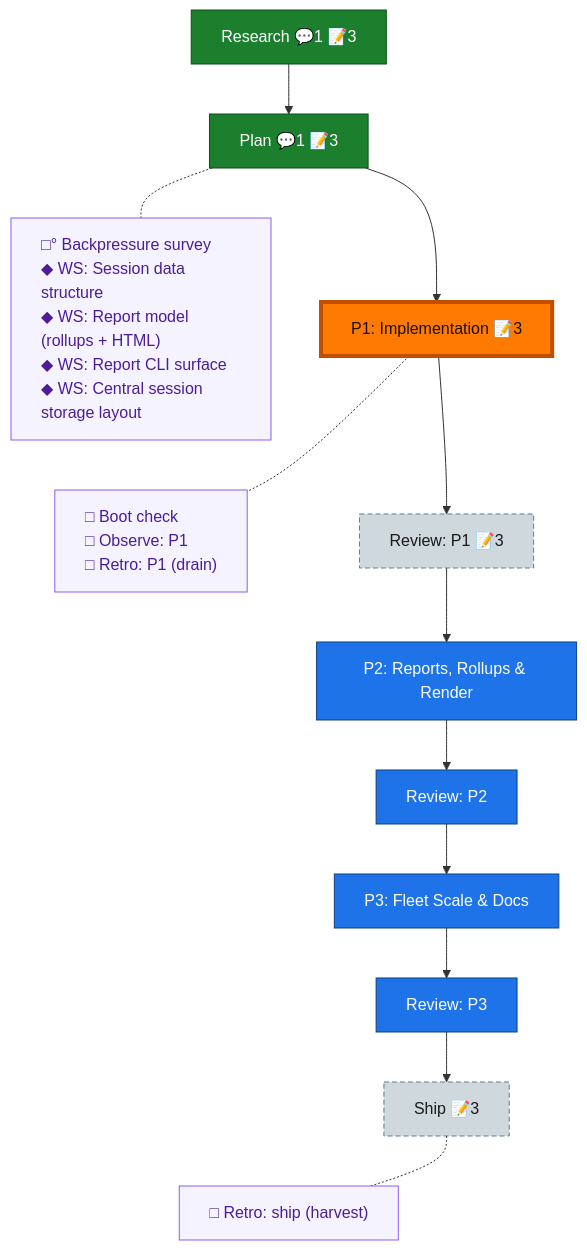
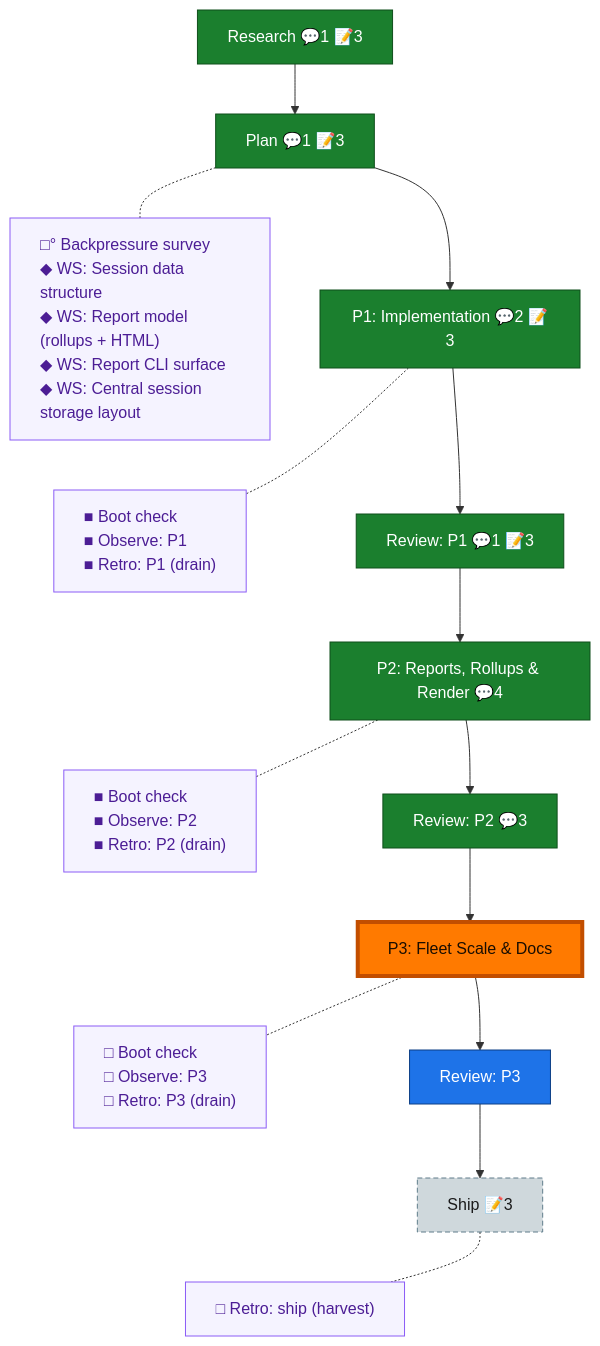
Before and after one commit to AI-Substrate/harness-engineering: the diagram in docs/plans/047-session-telemetry-dashboard/the-flow.md, drawn with Mermaid. The commit also changed other lines of this file and 36 other files, not shown here.

First line of the commit message:
feat(telemetry-047): reports+render (P2) + git-ref source, central layout & docs (P3)

````diff
--- a/docs/plans/047-session-telemetry-dashboard/the-flow.md
+++ b/docs/plans/047-session-telemetry-dashboard/the-flow.md
@@ -8,33 +8,37 @@
 ```mermaid
 flowchart TD
     research["Research 💬1 📝3"]:::done
     plan["Plan 💬1 📝3"]:::done
-    phase_1["P1: Implementation 📝3"]:::known
-    review_1["Review: P1 📝3"]:::assumed
-    phase_2["P2: Reports, Rollups & Render"]:::known
-    review_2["Review: P2"]:::known
+    phase_1["P1: Implementation 💬2 📝3"]:::done
+    review_1["Review: P1 💬1 📝3"]:::done
+    phase_2["P2: Reports, Rollups & Render 💬4"]:::done
+    review_2["Review: P2 💬3"]:::done
     phase_3["P3: Fleet Scale & Docs"]:::known
     review_3["Review: P3"]:::known
     ship["Ship 📝3"]:::assumed
 
     research --> plan --> phase_1 --> review_1 --> phase_2 --> review_2 --> phase_3 --> review_3 --> ship
 
     planC["□° Backpressure survey<br/>◆ WS: Session data structure<br/>◆ WS: Report model (rollups + HTML)<br/>◆ WS: Report CLI surface<br/>◆ WS: Central session storage layout"]:::chore
-    phase_1C["□ Boot check<br/>□ Observe: P1<br/>□ Retro: P1 (drain)"]:::chore
+    phase_1C["■ Boot check<br/>■ Observe: P1<br/>■ Retro: P1 (drain)"]:::chore
+    phase_2C["■ Boot check<br/>■ Observe: P2<br/>■ Retro: P2 (drain)"]:::chore
+    phase_3C["□ Boot check<br/>□ Observe: P3<br/>□ Retro: P3 (drain)"]:::chore
     shipC["□ Retro: ship (harvest)"]:::chore
 
     %% invisible chain holds the gutter boxes in their own column
-    planC ~~~ phase_1C ~~~ shipC
+    planC ~~~ phase_1C ~~~ phase_2C ~~~ phase_3C ~~~ shipC
 
     %% dotted links pull each gutter box beside its node
     plan -.- planC
     phase_1 -.- phase_1C
+    phase_2 -.- phase_2C
+    phase_3 -.- phase_3C
     ship -.- shipC
 
     classDef done fill:#1B7F2E,stroke:#0F4F1B,color:#fff;
     classDef known fill:#1E73E8,stroke:#0D3F86,color:#fff;
     classDef assumed fill:#CFD8DC,stroke:#607D8B,color:#1a1a1a,stroke-dasharray:5 3;
     classDef chore fill:#f5f3ff,stroke:#8b5cf6,color:#4c1d95,text-align:left;
     classDef current fill:#FF7A00,stroke:#C24E00,color:#1a0e00,stroke-width:4px;
-    class phase_1 current;
+    class phase_3 current;
 ```
````
